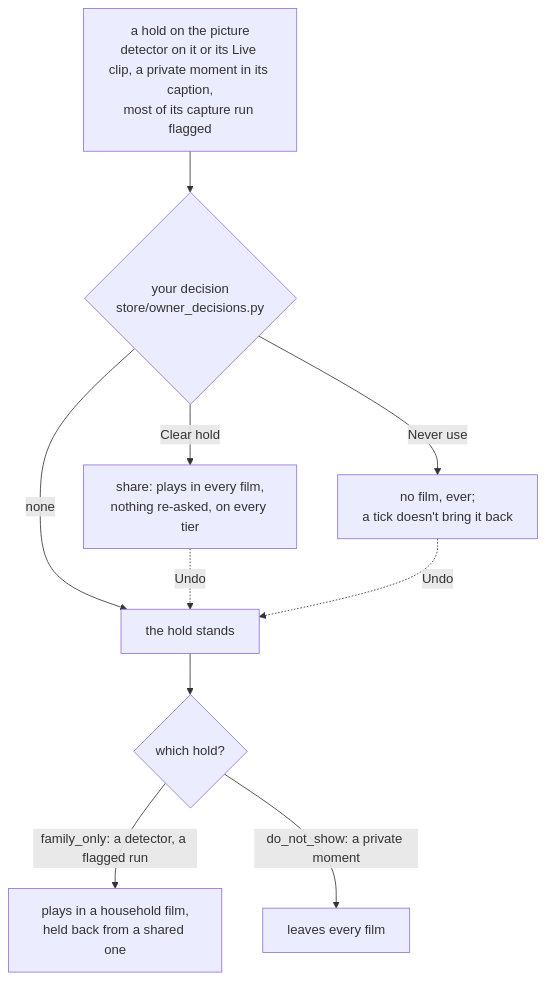
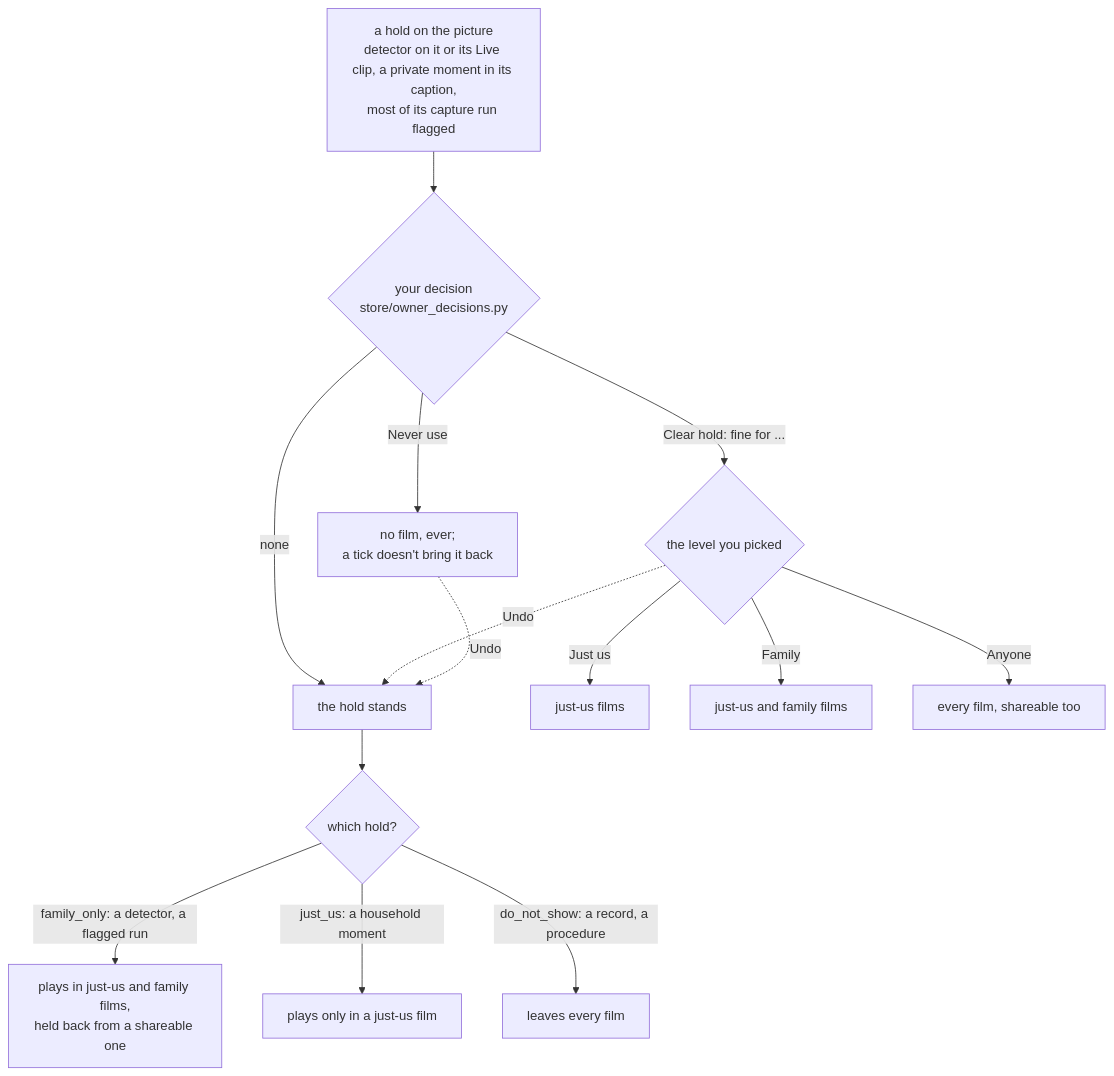
One commit to sam-dumont/immich-video-memory-generator changed the second of 2 diagrams in docs-site/docs/how-it-chooses/overrule-it.md. Above: the diagram before and after it, drawn with Mermaid. The commit also changed other lines of this file and 82 other files, not shown here.

First line of the commit message:
feat(sharing): one sharing level per film: just us, family, shareable (#1326)

````diff
--- a/docs-site/docs/how-it-chooses/overrule-it.md
+++ b/docs-site/docs/how-it-chooses/overrule-it.md
@@ -100,12 +115,16 @@
 ```mermaid
 flowchart TD
   hold["a hold on the picture<br/>detector on it or its Live clip, a private moment in its caption,<br/>most of its capture run flagged"] --> you{"your decision<br/>store/owner_decisions.py"}
   you -- "none" --> stands["the hold stands"]
   stands --> fo{"which hold?"}
-  fo -- "family_only: a detector, a flagged run" --> household["plays in a household film,<br/>held back from a shared one"]
-  fo -- "do_not_show: a private moment" --> none1["leaves every film"]
-  you -- "Clear hold" --> share["share: plays in every film,<br/>nothing re-asked, on every tier"]
+  fo -- "family_only: a detector, a flagged run" --> household["plays in just-us and family films,<br/>held back from a shareable one"]
+  fo -- "just_us: a household moment" --> justus["plays only in a just-us film"]
+  fo -- "do_not_show: a record, a procedure" --> none1["leaves every film"]
+  you -- "Clear hold: fine for ..." --> level{"the level you picked"}
+  level -- "Just us" --> j2["just-us films"]
+  level -- "Family" --> f2["just-us and family films"]
+  level -- "Anyone" --> a2["every film, shareable too"]
   you -- "Never use" --> none2["no film, ever;<br/>a tick doesn't bring it back"]
-  share -. "Undo" .-> stands
+  level -. "Undo" .-> stands
   none2 -. "Undo" .-> stands
 ```
````
